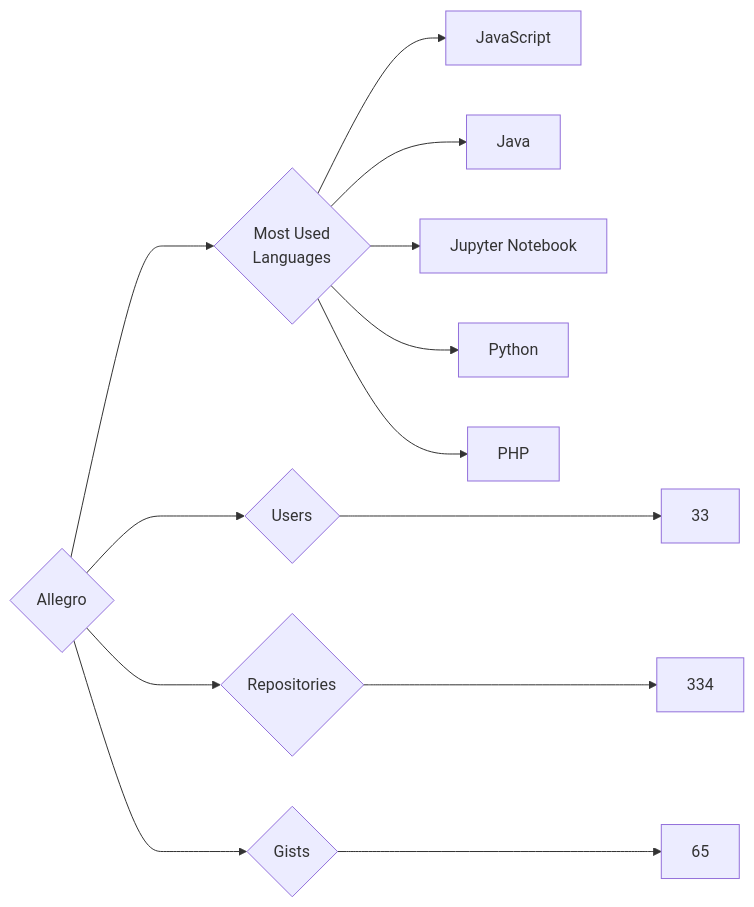
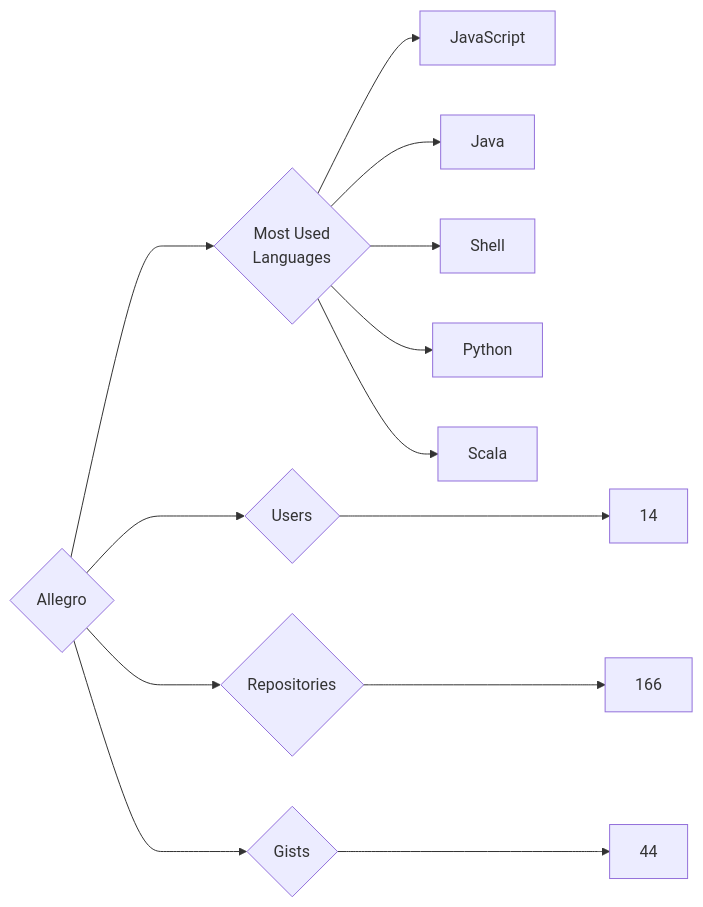
One commit to trickest/insiders changed the diagram in targets/Allegro/README.md. Above: the diagram before and after it, drawn with Mermaid. The commit also changed 891 other files, not shown here.

````diff
--- a/targets/Allegro/README.md
+++ b/targets/Allegro/README.md
@@ -3,13 +3,13 @@
 ```mermaid
 graph LR
 COMPANY_NAME{Allegro}
-COMPANY_NAME ---> U{Users} ---> UN[33]
-COMPANY_NAME ---> R{Repositories} ---> RN[334]
-COMPANY_NAME ---> G{Gists} ---> GN[65]
+COMPANY_NAME ---> U{Users} ---> UN[14]
+COMPANY_NAME ---> R{Repositories} ---> RN[166]
+COMPANY_NAME ---> G{Gists} ---> GN[44]
 COMPANY_NAME ---> ML{Most Used<br>Languages}
 ML --> JavaScript[JavaScript]
 ML --> Java[Java]
-ML --> Jupyter_Notebook[Jupyter Notebook]
+ML --> Shell[Shell]
 ML --> Python[Python]
-ML --> PHP[PHP]
+ML --> Scala[Scala]
 ```
````
